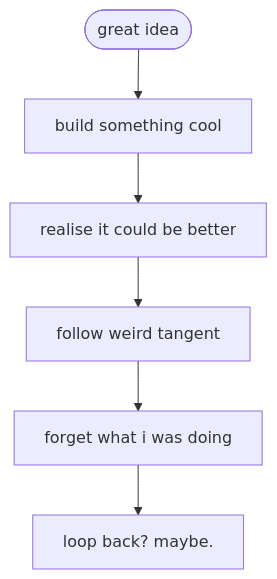
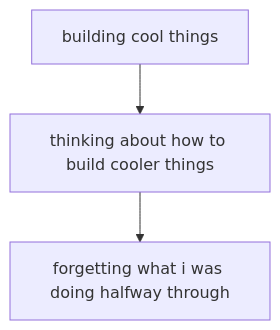
The diagram in README.md (malh/malh), drawn with Mermaid before and after one commit. The commit also changed other lines of this file, not shown here.

````diff
--- a/README.md
+++ b/README.md
@@ -11,11 +10,8 @@
 ```mermaid
 flowchart TD
-    start([great idea])
-    build[build something cool]
-    improve[realise it could be better]
-    tangent[follow weird tangent]
-    forget[forget what i was doing]
-    repeat[loop back? maybe.]
+    A[building cool things]
+    B[thinking about how to build cooler things]
+    C[forgetting what i was doing halfway through]
 
-    start --> build --> improve --> tangent --> forget --> repeat
+    A --> B --> C
 ```
````
